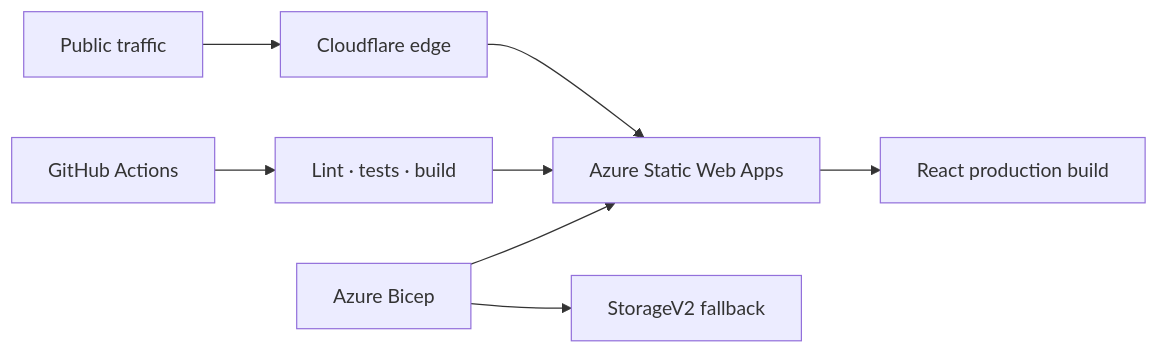
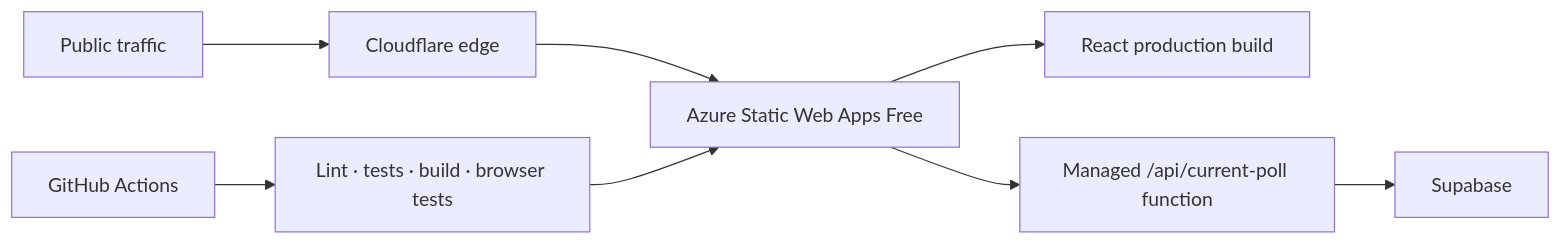
One commit to adenstamm/alc-website changed the diagram in voting-frontend/infra/README.md. Above: the diagram before and after it, drawn with Mermaid. The commit also changed other lines of this file and 34 other files, not shown here.

````diff
--- a/voting-frontend/infra/README.md
+++ b/voting-frontend/infra/README.md
@@ -14,10 +8,10 @@
 ```mermaid
 flowchart LR
     U["Public traffic"] --> C["Cloudflare edge"]
-    C --> A["Azure Static Web Apps"]
+    C --> A["Azure Static Web Apps Free"]
     A --> S["React production build"]
-    G["GitHub Actions"] --> Q["Lint · tests · build"]
+    A --> F["Managed /api/current-poll function"]
+    F --> D["Supabase"]
+    G["GitHub Actions"] --> Q["Lint · tests · build · browser tests"]
     Q --> A
-    B["Azure Bicep"] --> A
-    B --> L["StorageV2 fallback"]
 ```
````
